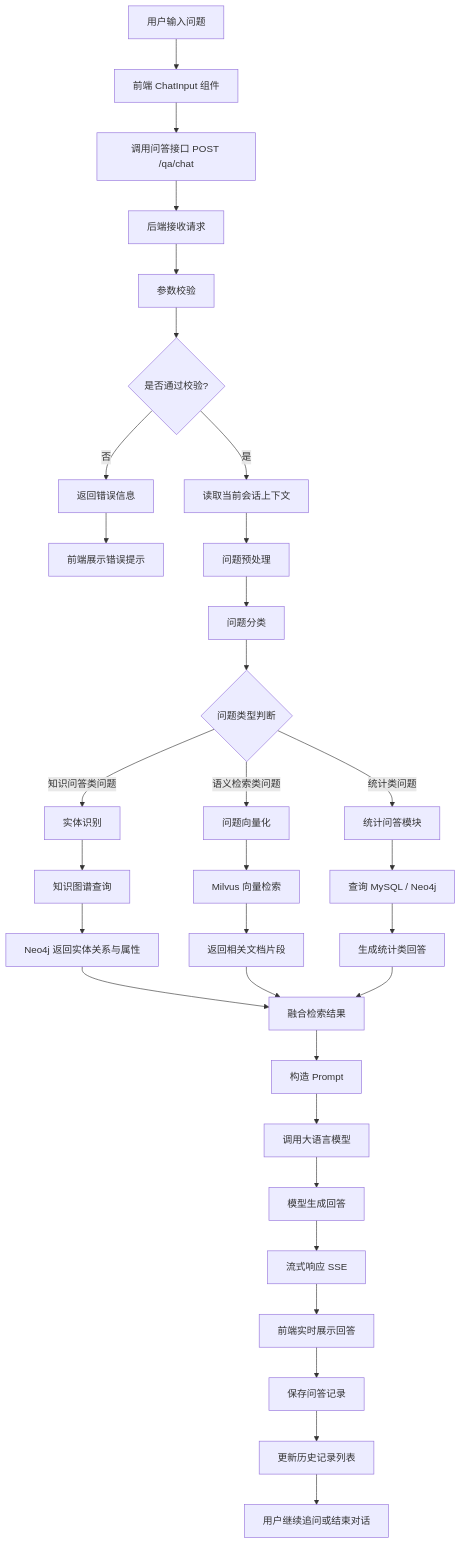
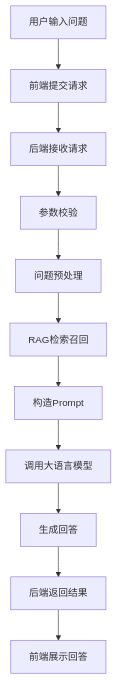
One commit to BUCT-CS2301/QAsystem changed the third of 4 diagrams in documents/设计文档.md. Above: the diagram before and after it, drawn with Mermaid. The commit also changed other lines of this file, not shown here.

````diff
--- a/documents/设计文档.md
+++ b/documents/设计文档.md
@@ -257,46 +346,13 @@
 ```mermaid
 flowchart TD
-    A[用户输入问题] --> B[前端 ChatInput 组件]
-    B --> C[调用问答接口 POST /qa/chat]
-    C --> D[后端接收请求]
-
-    D --> E[参数校验]
-    E --> F{是否通过校验?}
-
-    F -- 否 --> F1[返回错误信息]
-    F1 --> F2[前端展示错误提示]
-
-    F -- 是 --> G[读取当前会话上下文]
-    G --> H[问题预处理]
-
-    H --> I[问题分类]
-    I --> J{问题类型判断}
-
-    J -- 统计类问题 --> K[统计问答模块]
-    K --> K1[查询 MySQL / Neo4j]
-    K1 --> K2[生成统计类回答]
-
-    J -- 知识问答类问题 --> L[实体识别]
-    L --> M[知识图谱查询]
-    M --> N[Neo4j 返回实体关系与属性]
-
-    J -- 语义检索类问题 --> O[问题向量化]
-    O --> P[Milvus 向量检索]
-    P --> Q[返回相关文档片段]
-
-    N --> R[融合检索结果]
-    Q --> R
-    K2 --> R
-
-    R --> S[构造 Prompt]
-    S --> T[调用大语言模型]
-    T --> U[模型生成回答]
-
-    U --> V[流式响应 SSE]
-    V --> W[前端实时展示回答]
-
-    W --> X[保存问答记录]
-    X --> Y[更新历史记录列表]
-
-    Y --> Z[用户继续追问或结束对话]
+    A[用户输入问题] --> B[前端提交请求]
+    B --> C[后端接收请求]
+    C --> D[参数校验]
+    D --> E[问题预处理]
+    E --> F[RAG检索召回]
+    F --> G[构造Prompt]
+    G --> H[调用大语言模型]
+    H --> I[生成回答]
+    I --> J[后端返回结果]
+    J --> K[前端展示回答]
 ```
````
